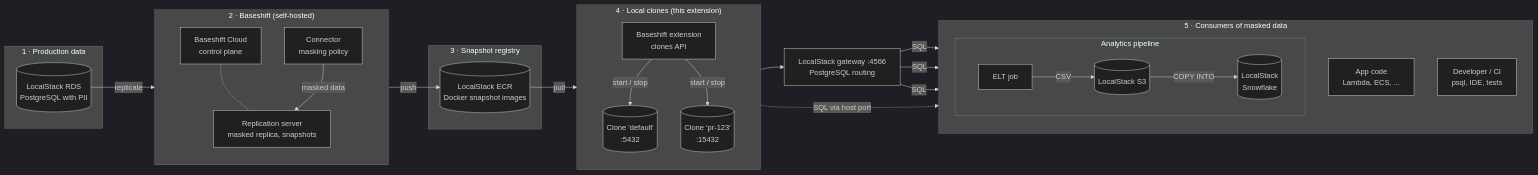
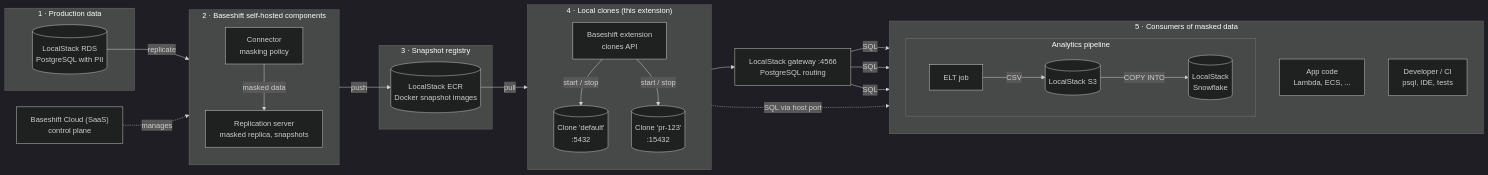
The diagram in baseshift/README.md (localstack/localstack-extensions), drawn with Mermaid (dark theme) before and after one commit. The commit also changed other lines of this file and 13 other files, not shown here.

First line of the commit message:
Add self-hosted Dubs to the Baseshift extension

````diff
--- a/baseshift/README.md
+++ b/baseshift/README.md
@@ -11,49 +11,51 @@
 ```mermaid
 flowchart LR
     subgraph source["1 · Production data"]
         rds[("LocalStack RDS<br/>PostgreSQL with PII")]
     end
 
-    subgraph baseshift["2 · Baseshift (self-hosted)"]
+    cloud["Baseshift Cloud (SaaS)<br/>control plane"]
+
+    subgraph baseshift["2 · Baseshift self-hosted components"]
         direction TB
-        cloud["Baseshift Cloud<br/>control plane"]
         connector["Connector<br/>masking policy"]
         repserver["Replication server<br/>masked replica, snapshots"]
-        cloud -.- repserver
         connector -- "masked data" --> repserver
     end
+
+    cloud -. "manages" .-> baseshift
 
     subgraph registry["3 · Snapshot registry"]
         ecr[("LocalStack ECR<br/>Docker snapshot images")]
     end
 
     subgraph clones["4 · Local clones (this extension)"]
         direction TB
         extension["Baseshift extension<br/>clones API"]
         clone1[("Clone 'default'<br/>:5432")]
         clone2[("Clone 'pr-123'<br/>:15432")]
         extension -- "start / stop" --> clone1
         extension -- "start / stop" --> clone2
     end
 
     gateway["LocalStack gateway :4566<br/>PostgreSQL routing"]
 
     subgraph consumers["5 · Consumers of masked data"]
         direction TB
         app["App code<br/>Lambda, ECS, ..."]
         dev["Developer / CI<br/>psql, IDE, tests"]
         subgraph analytics["Analytics pipeline"]
             direction LR
             elt["ELT job"] -- "CSV" --> s3[("LocalStack S3")] -- "COPY INTO" --> snowflake[("LocalStack<br/>Snowflake")]
         end
     end
 
     rds -- "replicate" --> connector
     repserver -- "push" --> ecr
     ecr -- "pull" --> extension
     clone1 --> gateway
     gateway -- "SQL" --> app
     gateway -- "SQL" --> dev
     gateway -- "SQL" --> elt
     clone2 -. "SQL via host port" .-> dev
 ```
````
